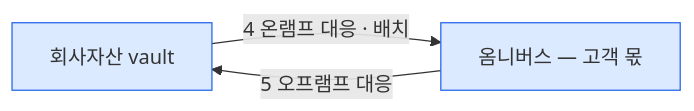
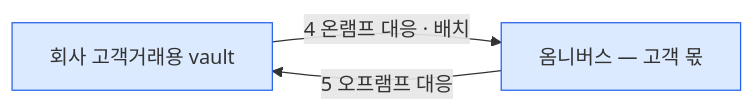
Before and after one commit to eunsujeo/fireblocks-test: the fourth of 4 diagrams in docs/design/09-asset-map.md, drawn with Mermaid. The commit also changed other lines of this file and 8 other files, not shown here.

````diff
--- a/docs/design/09-asset-map.md
+++ b/docs/design/09-asset-map.md
@@ -78,11 +106,11 @@
 ```mermaid
 flowchart LR
-  CO["회사자산 vault"]
+  CO["회사 고객거래용 vault"]
   OM["옴니버스 — 고객 몫"]
 
   CO -->|4 온램프 대응 · 배치| OM
   OM -->|5 오프램프 대응| CO
 
   classDef vault fill:#dbeafe,stroke:#2563eb
   class CO,OM vault
 ```
````
